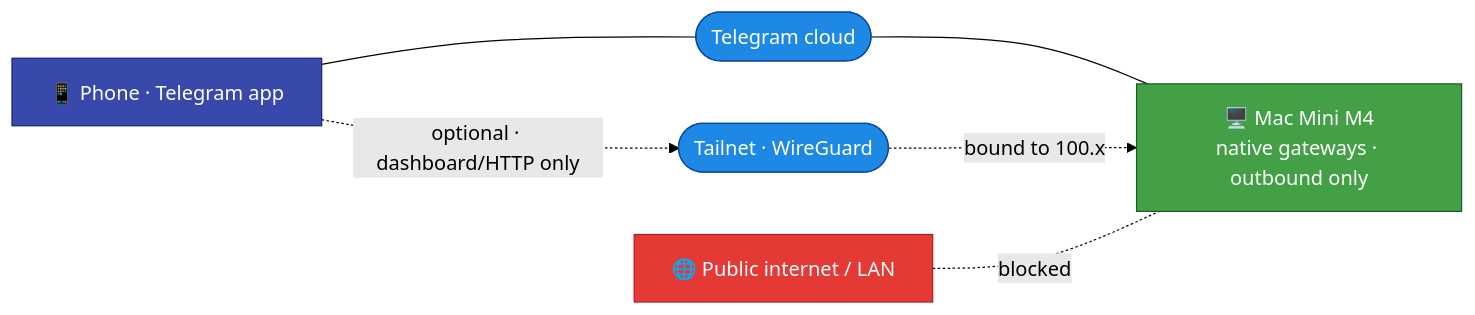
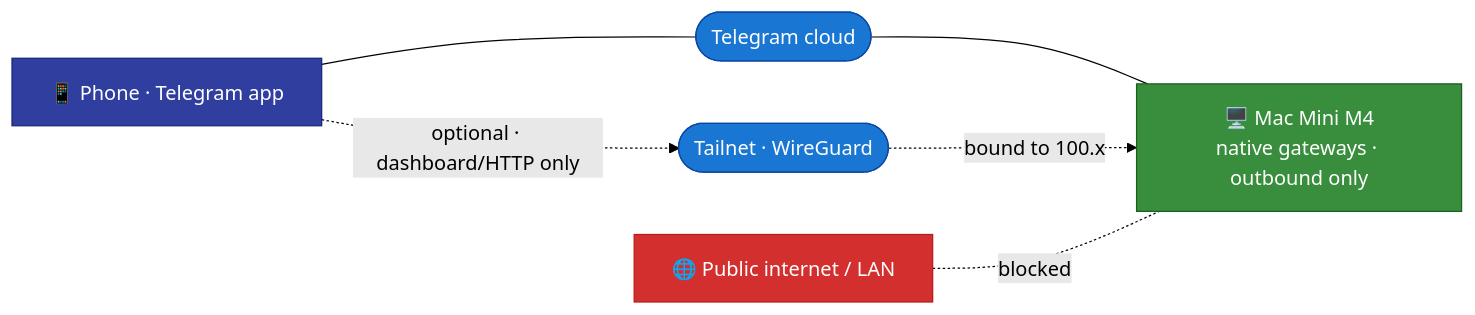
One commit to mpolatcan/hermes-setup changed the diagram in docs/06-networking.md. Above: the diagram before and after it, drawn with Mermaid (forest theme). The commit also changed 9 other files, not shown here.

First line of the commit message:
docs: unify mermaid palette to Material Design (legible contrast)

````diff
--- a/docs/06-networking.md
+++ b/docs/06-networking.md
@@ -7,12 +7,12 @@
 ```mermaid
 flowchart LR
     phone["📱 Phone · Telegram app"]:::user --- tg(["Telegram cloud"]):::net
     tg --- mini["🖥️ Mac Mini M4<br/>native gateways · outbound only"]:::mini
     phone -. "optional · dashboard/HTTP only" .-> ts(["Tailnet · WireGuard"]):::net
     ts -. "bound to 100.x" .-> mini
     pub["🌐 Public internet / LAN"]:::danger -. blocked .- mini
-    classDef user fill:#3949AB,stroke:#1A237E,color:#fff
-    classDef net fill:#1E88E5,stroke:#0D47A1,color:#fff
-    classDef mini fill:#43A047,stroke:#1B5E20,color:#fff
-    classDef danger fill:#E53935,stroke:#B71C1C,color:#fff
+    classDef user fill:#303F9F,stroke:#1A237E,color:#fff
+    classDef net fill:#1976D2,stroke:#0D47A1,color:#fff
+    classDef mini fill:#388E3C,stroke:#1B5E20,color:#fff
+    classDef danger fill:#D32F2F,stroke:#B71C1C,color:#fff
 ```
````
